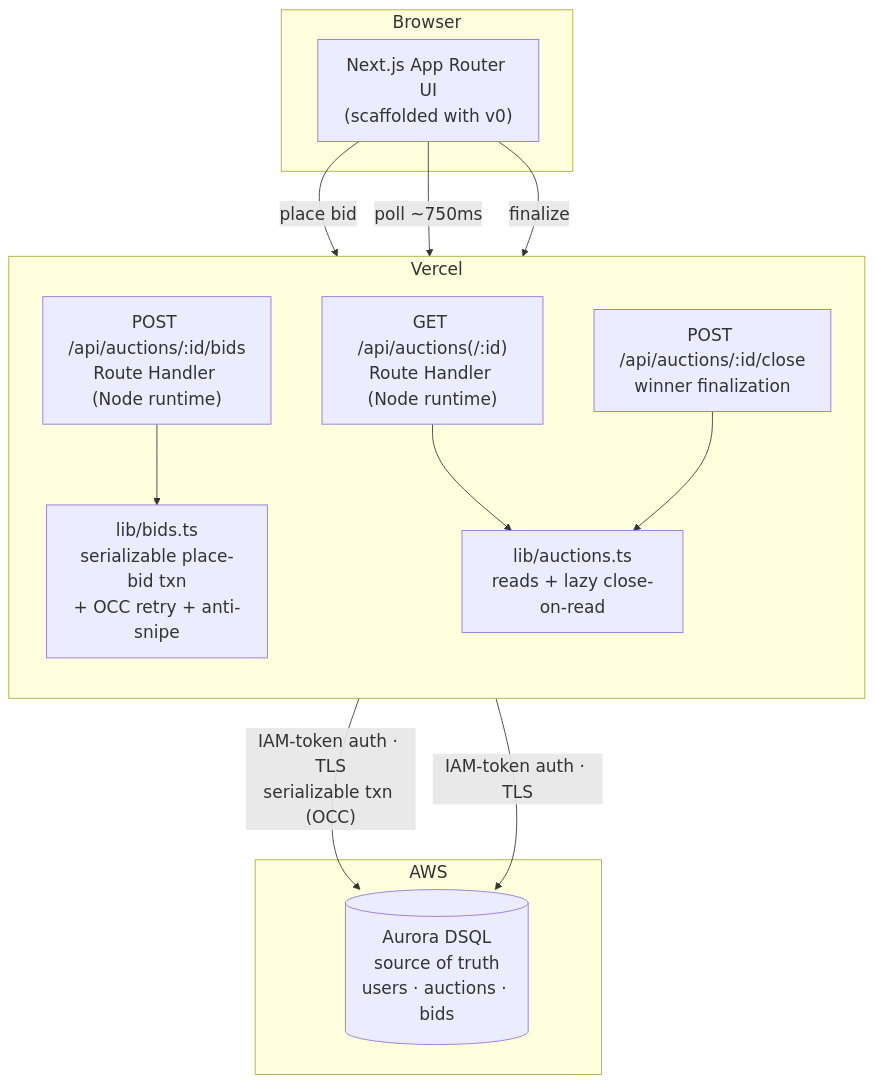
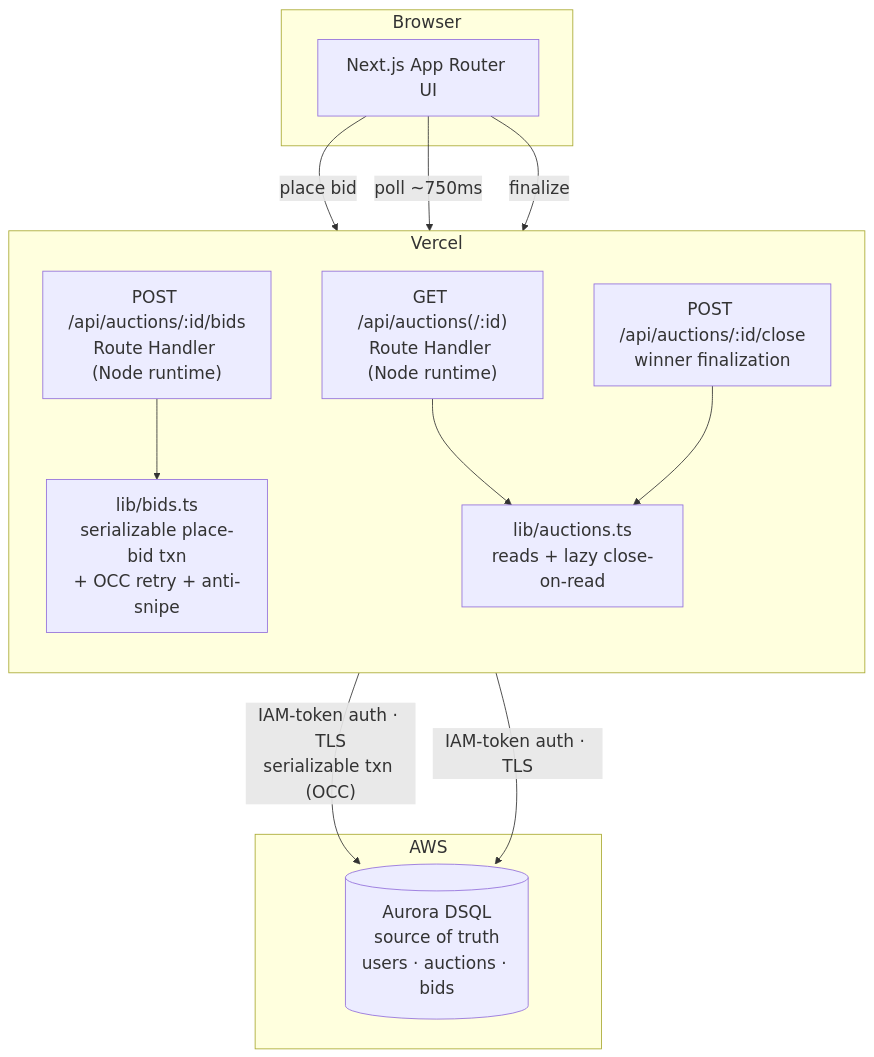
Before and after one commit to amoghsingh130/gavellive: the diagram in diagrams/01-system.mmd, drawn with Mermaid. The commit also changed 5 other files, not shown here.

```diff
--- a/diagrams/01-system.mmd
+++ b/diagrams/01-system.mmd
@@ -1,27 +1,27 @@
 %%{init: {"flowchart": {"htmlLabels": true, "nodeSpacing": 60, "rankSpacing": 70}, "themeVariables": {"fontSize": "20px"}}}%%
 flowchart TB
     subgraph Client["Browser"]
-        UI["Next.js App Router UI<br/>(scaffolded with v0)"]
+        UI["Next.js App Router UI"]
     end
 
     subgraph Vercel["Vercel"]
         direction TB
         WRITE["POST /api/auctions/:id/bids<br/>Route Handler (Node runtime)"]
         READ["GET /api/auctions(/:id)<br/>Route Handler (Node runtime)"]
         CLOSE["POST /api/auctions/:id/close<br/>winner finalization"]
         BIDLIB["lib/bids.ts<br/>serializable place-bid txn<br/>+ OCC retry + anti-snipe"]
         AUCLIB["lib/auctions.ts<br/>reads + lazy close-on-read"]
     end
 
     subgraph AWS["AWS"]
         DSQL[("Aurora DSQL<br/>source of truth<br/>users · auctions · bids")]
     end
 
     UI -- "place bid" --> WRITE
     UI -- "poll ~750ms" --> READ
     UI -- "finalize" --> CLOSE
     WRITE --> BIDLIB
     READ --> AUCLIB
     CLOSE --> AUCLIB
     BIDLIB -- "IAM-token auth · TLS<br/>serializable txn (OCC)" --> DSQL
     AUCLIB -- "IAM-token auth · TLS" --> DSQL
```
